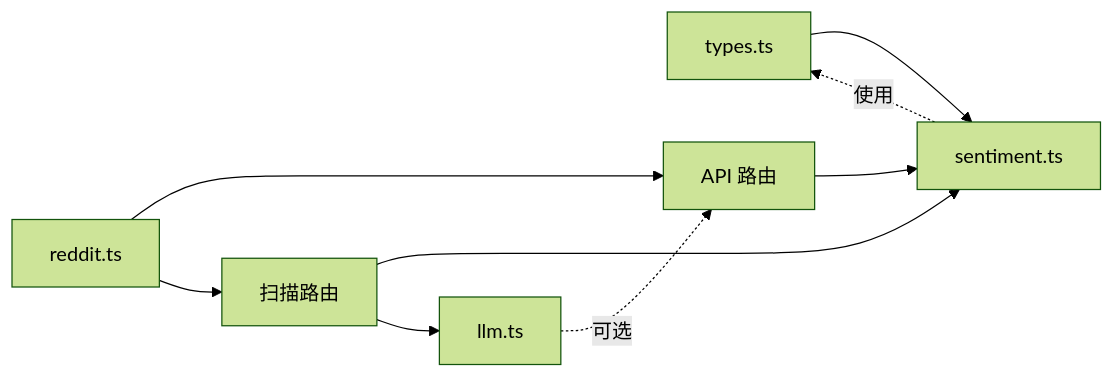
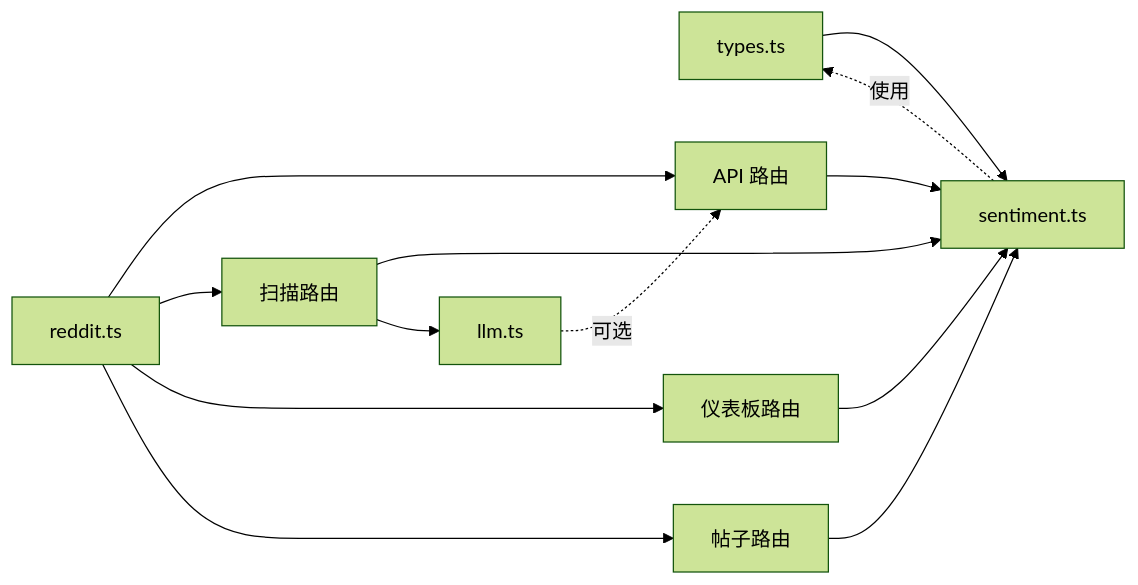
One commit to zezzezzez/reddit changed the tenth of 10 diagrams in .qoder/repowiki/zh/content/核心模块/情感分析引擎.md. Above: the diagram before and after it, drawn with Mermaid (forest theme). The commit also changed other lines of this file and 21 other files, not shown here.

````diff
--- a/.qoder/repowiki/zh/content/核心模块/情感分析引擎.md
+++ b/.qoder/repowiki/zh/content/核心模块/情感分析引擎.md
@@ -500,11 +675,15 @@
 ```mermaid
 graph LR
 TYPES["types.ts"] --> SENT["sentiment.ts"]
 REDDIT["reddit.ts"] --> API["API 路由"]
 REDDIT --> SCAN["扫描路由"]
+REDDIT --> DASHBOARD["仪表板路由"]
+REDDIT --> POSTS["帖子路由"]
 SCAN --> SENT
 SCAN --> LLM["llm.ts"]
+DASHBOARD --> SENT
+POSTS --> SENT
 API --> SENT
 LLM -. 可选 .-> API
 SENT -. 使用 .-> TYPES
 ```
````
